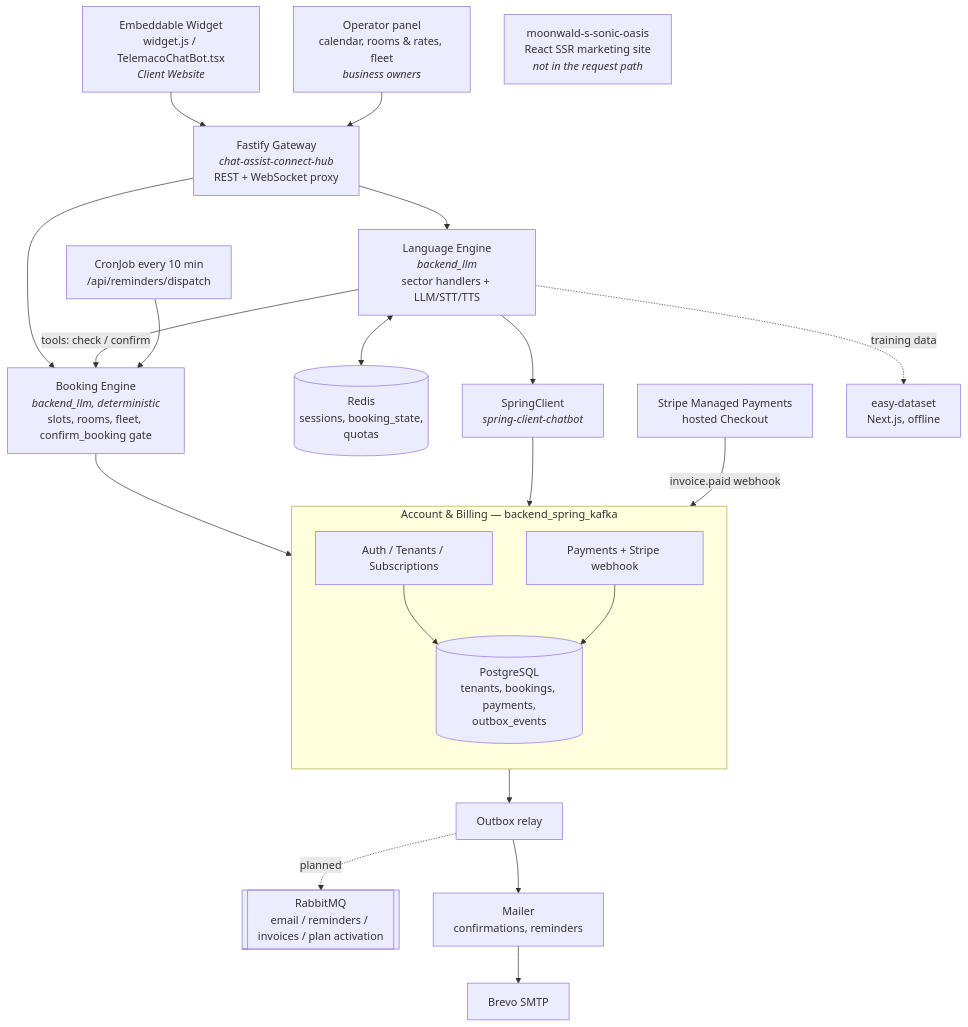
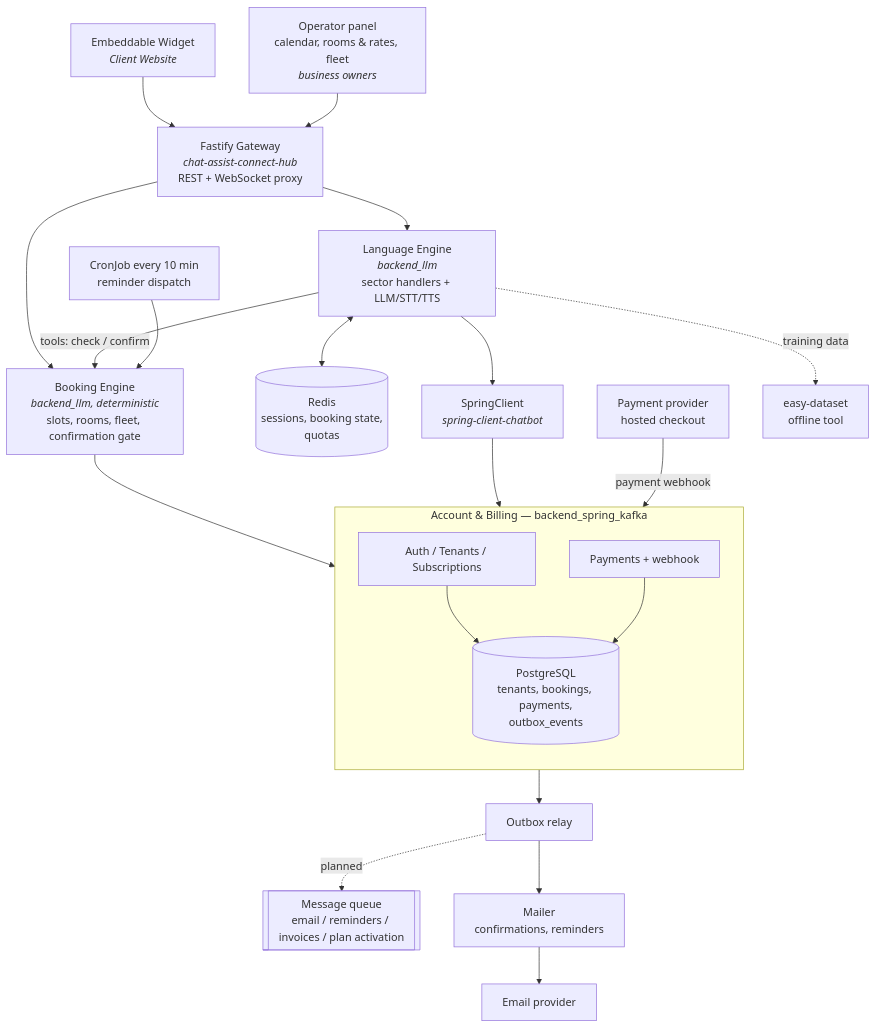
Before and after one commit to cloud-fullstack/architecture: the first of 3 diagrams in README.md, drawn with Mermaid. The commit also changed other lines of this file, not shown here.

````diff
--- a/README.md
+++ b/README.md
@@ -40,42 +42,41 @@
 ```mermaid
 graph TB
-    W[Embeddable Widget<br/>widget.js / TelemacoChatBot.tsx<br/><i>Client Website</i>]
+    W[Embeddable Widget<br/><i>Client Website</i>]
     OP[Operator panel<br/>calendar, rooms & rates, fleet<br/><i>business owners</i>]
     W --> GW
     OP --> GW
 
     GW[Fastify Gateway<br/><i>chat-assist-connect-hub</i><br/>REST + WebSocket proxy]
     GW --> ENGINE
     GW --> BOOK
 
     ENGINE[Language Engine<br/><i>backend_llm</i><br/>sector handlers + LLM/STT/TTS]
-    ENGINE <--> REDIS[(Redis<br/>sessions, booking_state,<br/>quotas)]
+    ENGINE <--> REDIS[(Redis<br/>sessions, booking state,<br/>quotas)]
     ENGINE -->|tools: check / confirm| BOOK
 
-    BOOK[Booking Engine<br/><i>backend_llm, deterministic</i><br/>slots, rooms, fleet, confirm_booking gate]
+    BOOK[Booking Engine<br/><i>backend_llm, deterministic</i><br/>slots, rooms, fleet, confirmation gate]
     BOOK --> PG
 
     ENGINE --> SPC[SpringClient<br/><i>spring-client-chatbot</i>]
     SPC --> ACC
 
     subgraph BUSINESS [" Account & Billing — backend_spring_kafka "]
         direction TB
         ACC[Auth / Tenants / Subscriptions]
-        PAY[Payments + Stripe webhook]
+        PAY[Payments + webhook]
         ACC --> PG
         PAY --> PG
     end
 
-    STRIPE[Stripe Managed Payments<br/>hosted Checkout] -->|invoice.paid webhook| PAY
+    PSP[Payment provider<br/>hosted checkout] -->|payment webhook| PAY
 
     PG[(PostgreSQL<br/>tenants, bookings, payments,<br/>outbox_events)]
     PG --> RELAY[Outbox relay]
-    RELAY -.->|planned| MQ[[RabbitMQ<br/>email / reminders / invoices / plan activation]]
+    RELAY -.->|planned| MQ[[Message queue<br/>email / reminders / invoices / plan activation]]
     RELAY --> MAIL
 
-    MAIL[Mailer<br/>confirmations, reminders] --> SMTP[Brevo SMTP]
-    CRON[CronJob every 10 min<br/>/api/reminders/dispatch] --> BOOK
+    MAIL[Mailer<br/>confirmations, reminders] --> SMTP[Email provider]
+    CRON[CronJob every 10 min<br/>reminder dispatch] --> BOOK
 
-    ENGINE -.->|training data| ED[easy-dataset<br/>Next.js, offline]
-    MKT[moonwald-s-sonic-oasis<br/>React SSR marketing site<br/><i>not in the request path</i>]
+    ENGINE -.->|training data| ED[easy-dataset<br/>offline tool]
 ```
````
